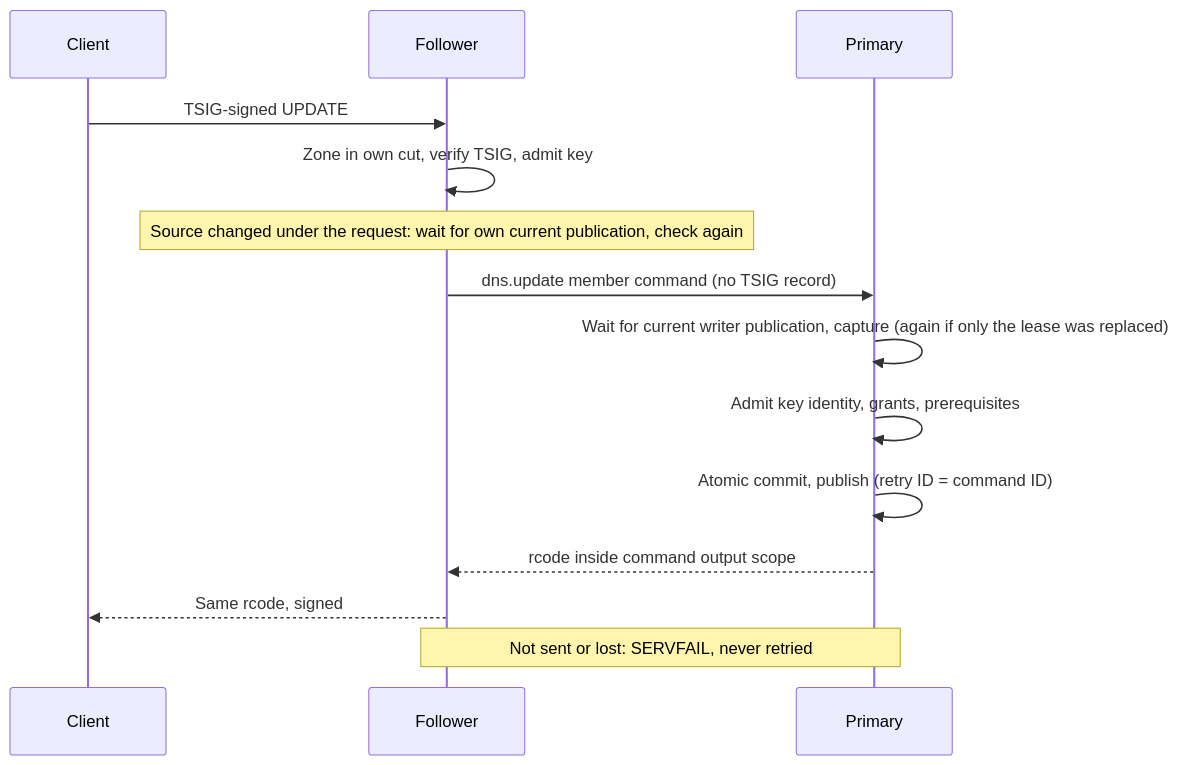
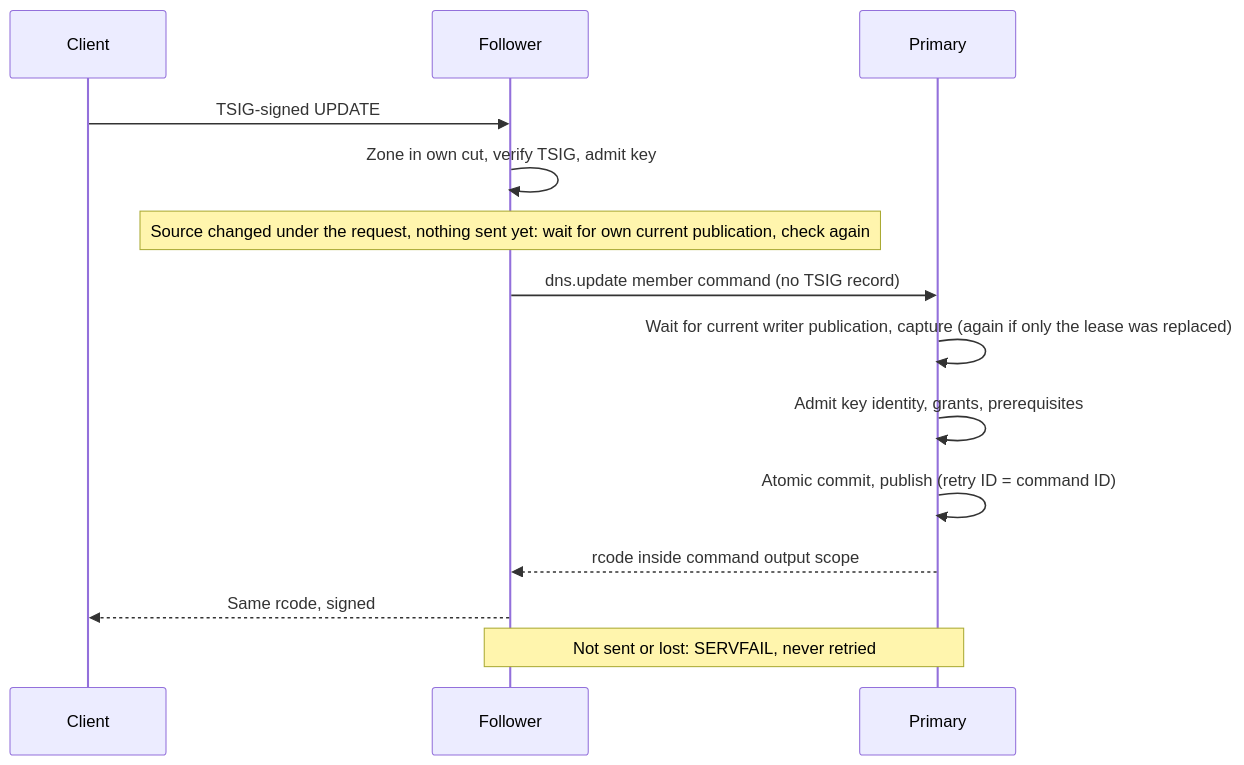
Before and after one commit to robertherbaugh/kudurru: the tenth of 12 diagrams in docs/architecture/zones.md, drawn with Mermaid. The commit also changed other lines of this file and 4 other files, not shown here.

````diff
--- a/docs/architecture/zones.md
+++ b/docs/architecture/zones.md
@@ -1020,16 +1024,16 @@
 ```mermaid
 sequenceDiagram
     participant C as Client
     participant F as Follower
     participant P as Primary
     C->>F: TSIG-signed UPDATE
     F->>F: Zone in own cut, verify TSIG, admit key
-    Note over F: Source changed under the request: wait for own current publication, check again
+    Note over F: Source changed under the request, nothing sent yet: wait for own current publication, check again
     F->>P: dns.update member command (no TSIG record)
     P->>P: Wait for current writer publication, capture (again if only the lease was replaced)
     P->>P: Admit key identity, grants, prerequisites
     P->>P: Atomic commit, publish (retry ID = command ID)
     P-->>F: rcode inside command output scope
     F-->>C: Same rcode, signed
     Note over F,P: Not sent or lost: SERVFAIL, never retried
 ```
````
